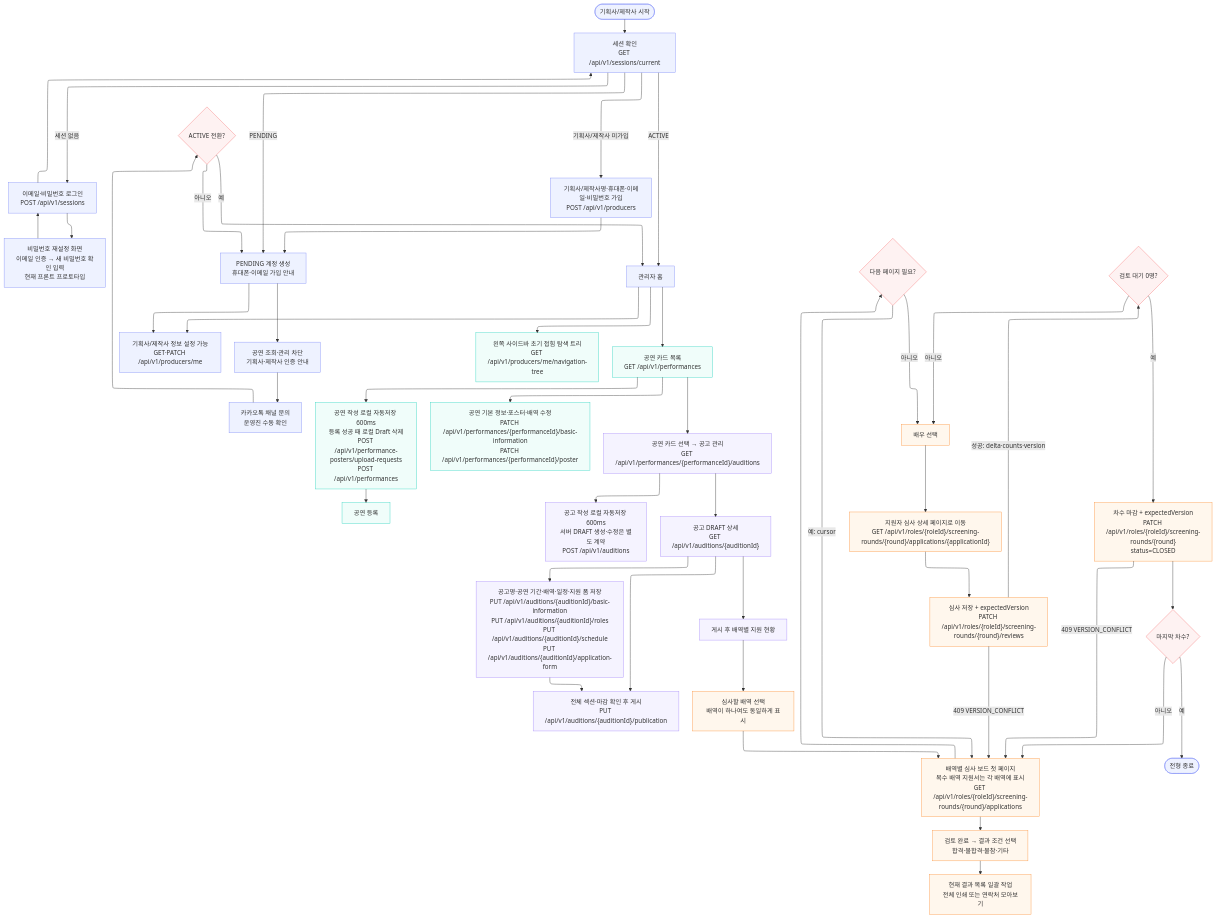
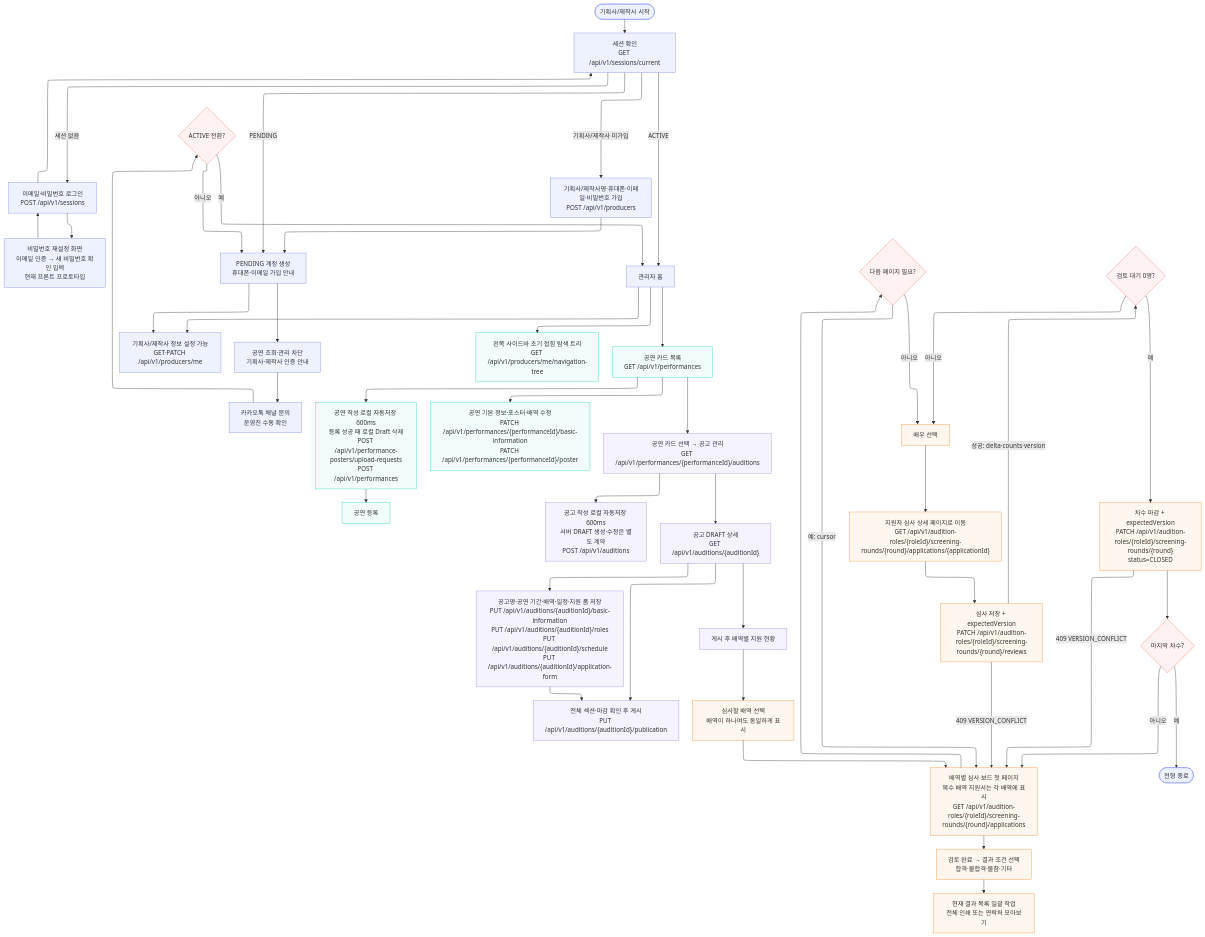
One commit to woowacourse-teams/2026-yesulin changed the diagram in docs/development/flows/producer.mmd. Above: the diagram before and after it, drawn with Mermaid. The commit also changed 36 other files, not shown here.

```diff
--- a/docs/development/flows/producer.mmd
+++ b/docs/development/flows/producer.mmd
@@ -1,54 +1,54 @@
 ---
 config:
   layout: elk
 ---
 flowchart TB
     START(["기획사/제작사 시작"]) --> SESSION["세션 확인<br>GET /api/v1/sessions/current"]
     SESSION -- 세션 없음 --> LOGIN["이메일·비밀번호 로그인<br>POST /api/v1/sessions"]
     LOGIN --> PASSWORD_RESET["비밀번호 재설정 화면<br>이메일 인증 → 새 비밀번호 확인 입력<br>현재 프론트 프로토타입"]
     PASSWORD_RESET --> LOGIN
     LOGIN --> SESSION
     SESSION -- 기획사/제작사 미가입 --> SIGNUP["기획사/제작사명·휴대폰·이메일·비밀번호 가입<br>POST /api/v1/producers"]
     SIGNUP --> PENDING["PENDING 계정 생성<br>휴대폰·이메일 가입 안내"]
     SESSION -- PENDING --> PENDING
     PENDING --> PROFILE["기획사/제작사 정보 설정 가능<br>GET·PATCH /api/v1/producers/me"]
     PENDING --> BLOCKED["공연 조회·관리 차단<br>기획사·제작사 인증 안내"]
     BLOCKED --> CONTACT["카카오톡 채널 문의<br>운영진 수동 확인"]
     CONTACT --> ACTIVE{"ACTIVE 전환?"}
     ACTIVE -- 아니오 --> PENDING
     ACTIVE -- 예 --> HOME["관리자 홈"]
     SESSION -- ACTIVE --> HOME
     HOME --> NAV["왼쪽 사이드바 초기 접힘 탐색 트리<br>GET /api/v1/producers/me/navigation-tree"] & PROFILE & PERF["공연 카드 목록<br>GET /api/v1/performances"]
     PERF --> NEW_PERF["공연 작성 로컬 자동저장 600ms<br>등록 성공 때 로컬 Draft 삭제<br>POST /api/v1/performance-posters/upload-requests<br>POST /api/v1/performances"] & EDIT_PERF["공연 기본 정보·포스터·배역 수정<br>PATCH /api/v1/performances/{performanceId}/basic-information<br>PATCH /api/v1/performances/{performanceId}/poster"] & POSTINGS["공연 카드 선택 → 공고 관리<br>GET /api/v1/performances/{performanceId}/auditions"]
     NEW_PERF --> CREATE_PERF["공연 등록"]
     POSTINGS --> CREATE_POSTING["공고 작성 로컬 자동저장 600ms<br>서버 DRAFT 생성·수정은 별도 계약<br>POST /api/v1/auditions"] & POSTING_DETAIL["공고 DRAFT 상세<br>GET /api/v1/auditions/{auditionId}"]
     POSTING_DETAIL --> EDIT_POSTING["공고명·공연 기간·배역·일정·지원 폼 저장<br>PUT /api/v1/auditions/{auditionId}/basic-information<br>PUT /api/v1/auditions/{auditionId}/roles<br>PUT /api/v1/auditions/{auditionId}/schedule<br>PUT /api/v1/auditions/{auditionId}/application-form"] & PUBLISH["전체 섹션·마감 확인 후 게시<br>PUT /api/v1/auditions/{auditionId}/publication"] & ROLES["게시 후 배역별 지원 현황"]
     EDIT_POSTING --> PUBLISH
     ROLES --> CHOOSE_ROLE["심사할 배역 선택<br>배역이 하나여도 동일하게 표시"]
-    CHOOSE_ROLE --> BOARD["배역별 심사 보드 첫 페이지<br>복수 배역 지원서는 각 배역에 표시<br>GET /api/v1/roles/{roleId}/screening-rounds/{round}/applications"]
+    CHOOSE_ROLE --> BOARD["배역별 심사 보드 첫 페이지<br>복수 배역 지원서는 각 배역에 표시<br>GET /api/v1/audition-roles/{roleId}/screening-rounds/{round}/applications"]
     BOARD --> RESULT_FILTER["검토 완료 → 결과 조건 선택<br>합격·불합격·불참·기타"]
     RESULT_FILTER --> GROUP_ACTION["현재 결과 목록 일괄 작업<br>전체 인쇄 또는 연락처 모아보기"]
     BOARD --> MORE{"다음 페이지 필요?"}
     MORE -- 예: cursor --> BOARD
     MORE -- 아니오 --> SELECT["배우 선택"]
-    SELECT --> APP_DETAIL["지원자 심사 상세 페이지로 이동<br>GET /api/v1/roles/{roleId}/screening-rounds/{round}/applications/{applicationId}"]
-    APP_DETAIL --> REVIEW["심사 저장 + expectedVersion<br>PATCH /api/v1/roles/{roleId}/screening-rounds/{round}/reviews"]
+    SELECT --> APP_DETAIL["지원자 심사 상세 페이지로 이동<br>GET /api/v1/audition-roles/{roleId}/screening-rounds/{round}/applications/{applicationId}"]
+    APP_DETAIL --> REVIEW["심사 저장 + expectedVersion<br>PATCH /api/v1/audition-roles/{roleId}/screening-rounds/{round}/reviews"]
     REVIEW -- 409 VERSION_CONFLICT --> BOARD
     REVIEW -- 성공: delta·counts·version --> DONE{"검토 대기 0명?"}
     DONE -- 아니오 --> SELECT
-    DONE -- 예 --> CLOSE["차수 마감 + expectedVersion<br>PATCH /api/v1/roles/{roleId}/screening-rounds/{round}<br>status=CLOSED"]
+    DONE -- 예 --> CLOSE["차수 마감 + expectedVersion<br>PATCH /api/v1/audition-roles/{roleId}/screening-rounds/{round}<br>status=CLOSED"]
     CLOSE -- 409 VERSION_CONFLICT --> BOARD
     CLOSE --> LAST{"마지막 차수?"}
     LAST -- 아니오 --> BOARD
     LAST -- 예 --> FINISH(["전형 종료"])
 
     classDef authNode stroke:#818cf8,fill:#eef2ff
     classDef perfNode stroke:#2dd4bf,fill:#f0fdfa
     classDef postingNode stroke:#a78bfa,fill:#f5f3ff
     classDef screeningNode stroke:#fb923c,fill:#fff7ed
     classDef decisionNode stroke:#f87171,fill:#fef2f2
     class START,SESSION,LOGIN,PASSWORD_RESET,SIGNUP,PENDING,PROFILE,BLOCKED,CONTACT,HOME,FINISH authNode
     class ACTIVE,MORE,DONE,LAST decisionNode
     class NAV,PERF,NEW_PERF,EDIT_PERF,CREATE_PERF perfNode
     class POSTINGS,CREATE_POSTING,POSTING_DETAIL,EDIT_POSTING,PUBLISH,ROLES postingNode
     class BOARD,CHOOSE_ROLE,RESULT_FILTER,GROUP_ACTION,SELECT,APP_DETAIL,REVIEW,CLOSE screeningNode
```
